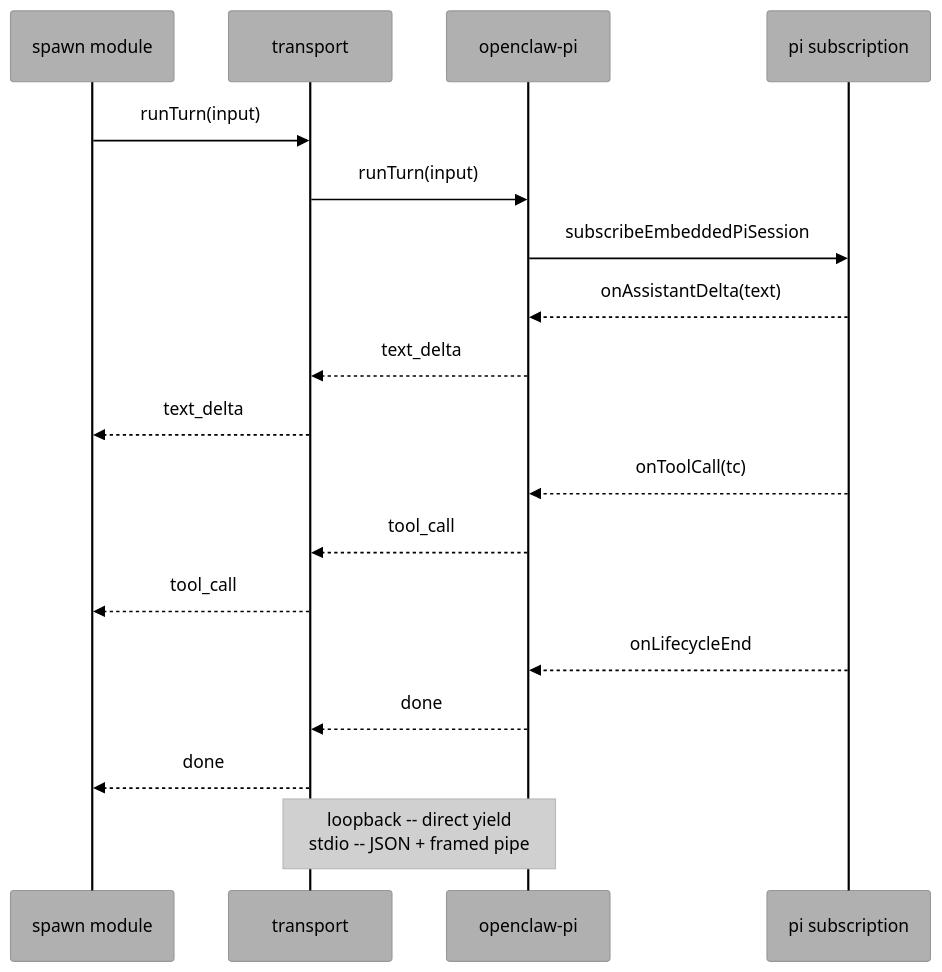
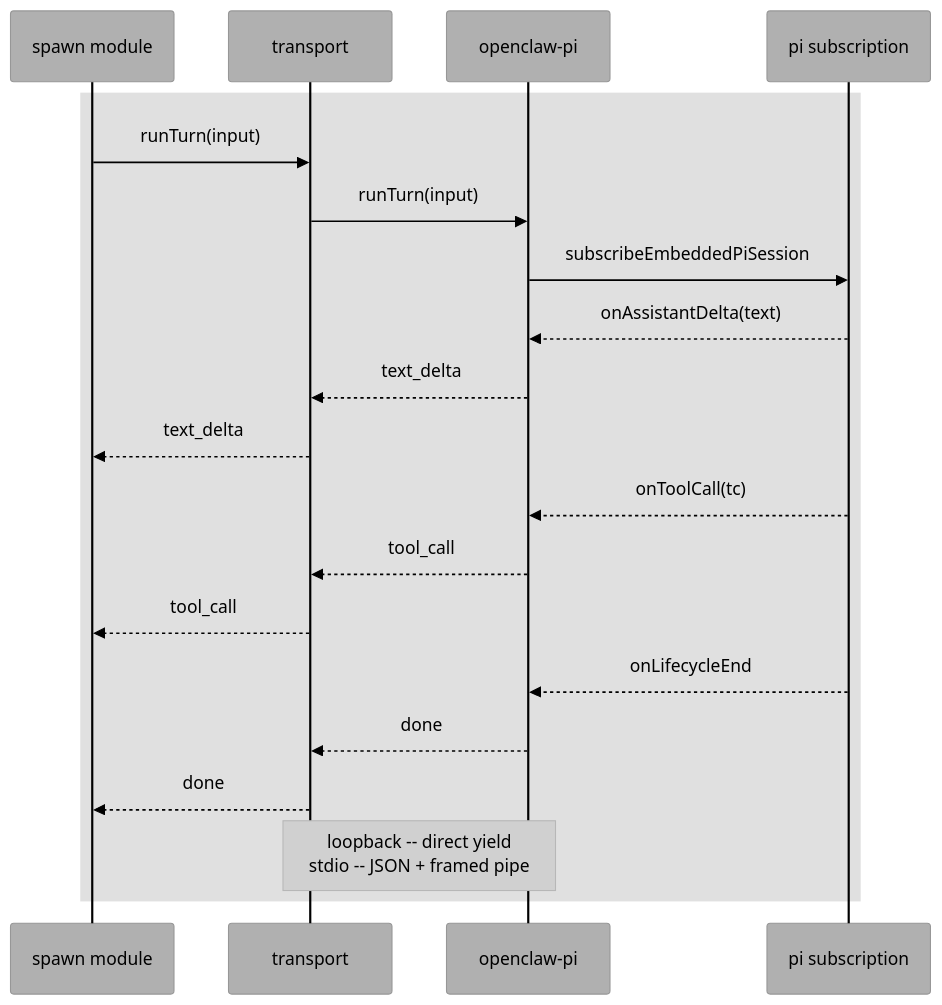
Before and after one commit to bochek/openclaw: the eighth of 9 diagrams in docs/refactor/acp-everywhere.md, drawn with Mermaid. The commit also changed other lines of this file, not shown here.

Commit message:
docs: wrap ACP-everywhere sequence diagrams in native Mermaid rect blocks for dark-mode readability

````diff
--- a/docs/refactor/acp-everywhere.md
+++ b/docs/refactor/acp-everywhere.md
@@ -404,21 +408,23 @@
 ```mermaid
-%%{init: {'theme':'base','themeCSS':'svg{background:#e0e0e0;} .messageText{fill:#000000 !important;} .messageLine0,.messageLine1{stroke:#000000 !important;} text.actor{fill:#000000 !important;} .loopText,.loopText>tspan{fill:#000000 !important;} rect.actor{fill:#b0b0b0 !important;stroke:#000000 !important;}','themeVariables':{'background':'#e0e0e0','primaryColor':'#b0b0b0','secondaryColor':'#a0a0a0','tertiaryColor':'#909090','primaryTextColor':'#000000','secondaryTextColor':'#000000','tertiaryTextColor':'#000000','noteTextColor':'#000000','lineColor':'#000000','actorLineColor':'#000000','signalColor':'#000000','actorBkg':'#b0b0b0','actorTextColor':'#000000','noteBkgColor':'#d0d0d0','stateLabelColor':'#000000','compositeBackground':'#c0c0c0'}}}%%
+%%{init: {'theme':'base','themeVariables':{'primaryColor':'#b0b0b0','secondaryColor':'#a0a0a0','tertiaryColor':'#909090','primaryTextColor':'#000000','secondaryTextColor':'#000000','tertiaryTextColor':'#000000','noteTextColor':'#000000','lineColor':'#000000','actorLineColor':'#000000','signalColor':'#000000','actorBkg':'#b0b0b0','actorTextColor':'#000000','noteBkgColor':'#d0d0d0','stateLabelColor':'#000000','compositeBackground':'#c0c0c0'}}}%%
 sequenceDiagram
     participant SM as spawn module
     participant T as transport
     participant B as openclaw-pi
     participant PI as pi subscription
-    SM->>T: runTurn(input)
-    T->>B: runTurn(input)
-    B->>PI: subscribeEmbeddedPiSession
-    PI-->>B: onAssistantDelta(text)
-    B-->>T: text_delta
-    T-->>SM: text_delta
-    PI-->>B: onToolCall(tc)
-    B-->>T: tool_call
-    T-->>SM: tool_call
-    PI-->>B: onLifecycleEnd
-    B-->>T: done
-    T-->>SM: done
-    Note over T,B: loopback -- direct yield<br/>stdio -- JSON + framed pipe
+    rect rgb(224, 224, 224)
+      SM->>T: runTurn(input)
+      T->>B: runTurn(input)
+      B->>PI: subscribeEmbeddedPiSession
+      PI-->>B: onAssistantDelta(text)
+      B-->>T: text_delta
+      T-->>SM: text_delta
+      PI-->>B: onToolCall(tc)
+      B-->>T: tool_call
+      T-->>SM: tool_call
+      PI-->>B: onLifecycleEnd
+      B-->>T: done
+      T-->>SM: done
+      Note over T,B: loopback -- direct yield<br/>stdio -- JSON + framed pipe
+    end
 ```
````
